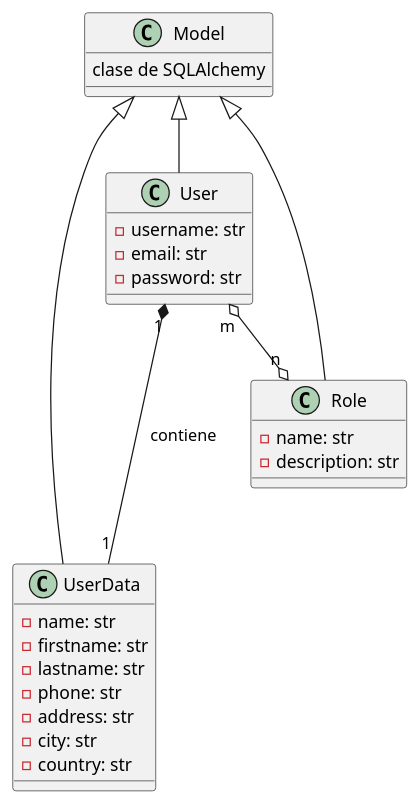
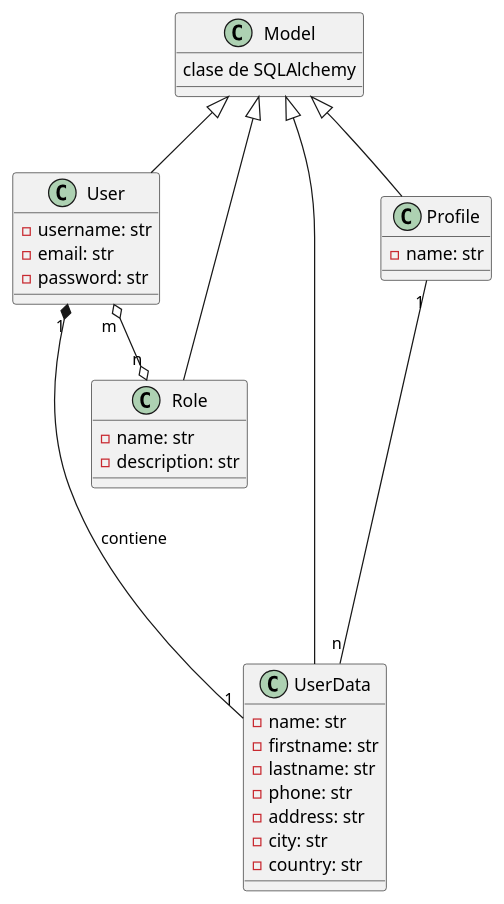
One commit to belensarome/cifrador-web changed the diagram in docs/diagrama_1.puml. Above: the diagram before and after it, drawn with PlantUML. The commit also changed 8 other files, not shown here.

```diff
--- a/docs/diagrama_1.puml
+++ b/docs/diagrama_1.puml
@@ -1,31 +1,38 @@
 @startuml Diagram de Clases
 class Model {
  clase de SQLAlchemy
 }
 
 class User {
     - username: str
     - email: str
     - password: str
 }
 
 class UserData{
     - name: str
     - firstname: str
     - lastname: str
     - phone: str
     - address: str
     - city: str
     - country: str
 }
 
+class Profile{
+    - name: str
+}
+
 class Role {
     - name: str
     - description: str
 }
 Model <|-- User
 Model <|-- Role
 Model <|-- UserData
+Model <|-- Profile
+
 User "1" *--- "1" UserData : contiene
+Profile "1" ---- "n" UserData
 User "m" o--o "n" Role
 @enduml
```
